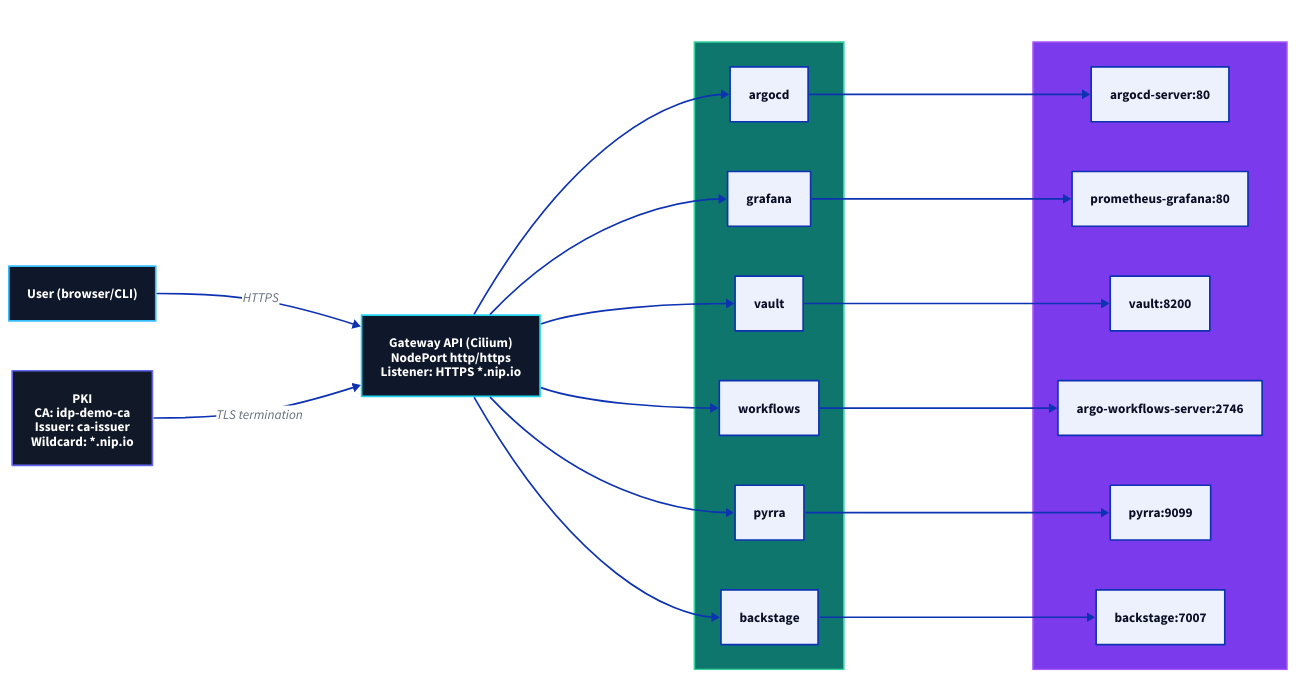
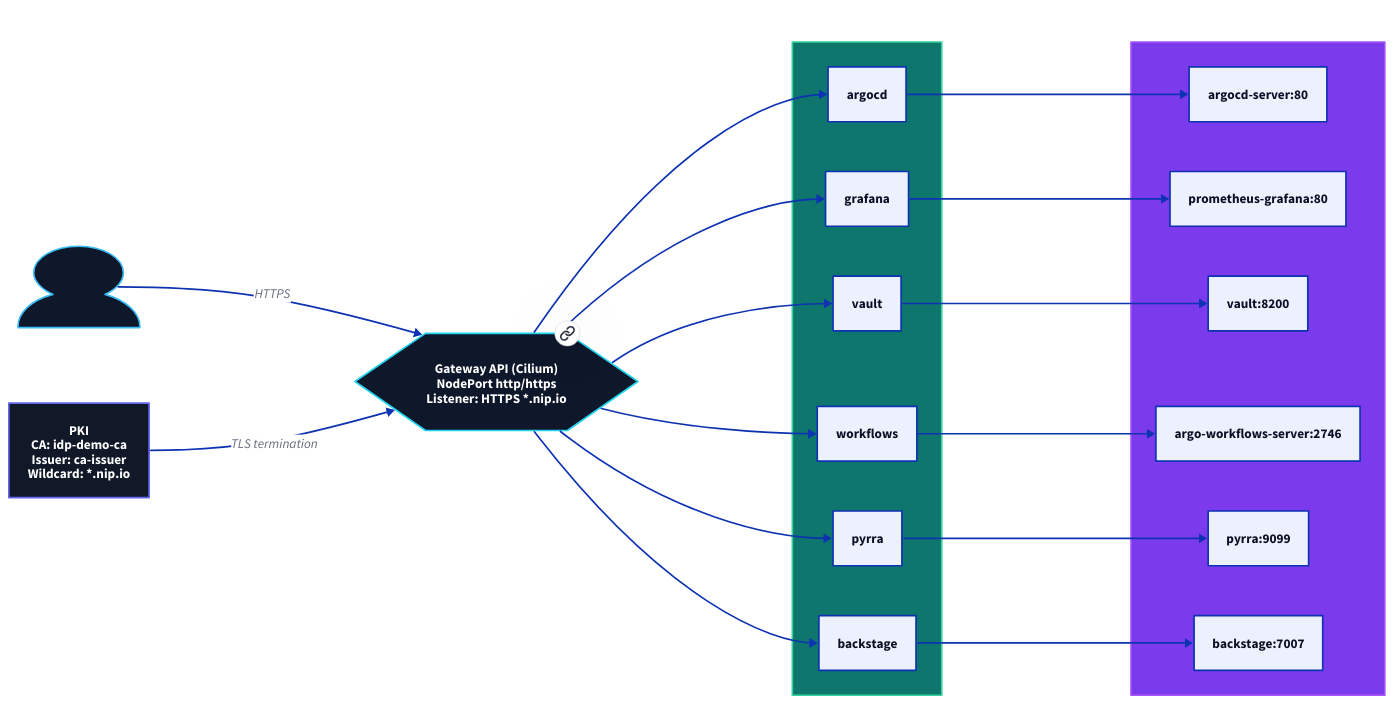
Before and after one commit to rou-cru/idp-blueprint: the first of 2 diagrams in Docs/src/content/docs/concepts/networking-gateway.md, drawn with D2. The commit also changed other lines of this file and 6 other files, not shown here.

First line of the commit message:
docs: complete D2 diagram improvements and C4 framework coverage

````diff
--- a/Docs/src/content/docs/concepts/networking-gateway.md
+++ b/Docs/src/content/docs/concepts/networking-gateway.md
@@ -12,55 +12,61 @@
 ```d2
 direction: right
 
 classes: { actor: { style.fill: "#0f172a"; style.stroke: "#38bdf8"; style.font-color: white }
            gateway: { style.fill: "#0f172a"; style.stroke: "#22d3ee"; style.font-color: white }
            route: { style.fill: "#0f766e"; style.stroke: "#34d399"; style.font-color: white }
            backend: { style.fill: "#7c3aed"; style.stroke: "#a855f7"; style.font-color: white }
            pki: { style.fill: "#111827"; style.stroke: "#6366f1"; style.font-color: white } }
 
-Client: { class: actor; label: "User (browser/CLI)" }
+Client: {
+  class: actor
+  shape: person
+  label: "User (browser/CLI)"
+}
 
 Gateway: {
   class: gateway
+  shape: hexagon
   label: "Gateway API (Cilium)\nNodePort http/https\nListener: HTTPS *.nip.io"
+  link: https://gateway-api.sigs.k8s.io
 }
 
 Routes: {
   class: route
   Argo: "argocd"
   Grafana: "grafana"
   Vault: "vault"
   Workflows: "workflows"
   Pyrra: "pyrra"
   Backstage: "backstage"
 }
 
 Backends: {
   class: backend
   A: "argocd-server:80"
   G: "prometheus-grafana:80"
   V: "vault:8200"
   W: "argo-workflows-server:2746"
   P: "pyrra:9099"
   B: "backstage:7007"
 }
 
 PKI: { class: pki; label: "PKI\nCA: idp-demo-ca\nIssuer: ca-issuer\nWildcard: *.nip.io" }
 
 Client -> Gateway: HTTPS
 Gateway -> Routes.Argo
 Gateway -> Routes.Grafana
 Gateway -> Routes.Vault
 Gateway -> Routes.Workflows
 Gateway -> Routes.Pyrra
 Gateway -> Routes.Backstage
 
 Routes.Argo -> Backends.A
 Routes.Grafana -> Backends.G
 Routes.Vault -> Backends.V
 Routes.Workflows -> Backends.W
 Routes.Pyrra -> Backends.P
 Routes.Backstage -> Backends.B
 
 PKI -> Gateway: "TLS termination"
 ```
````
